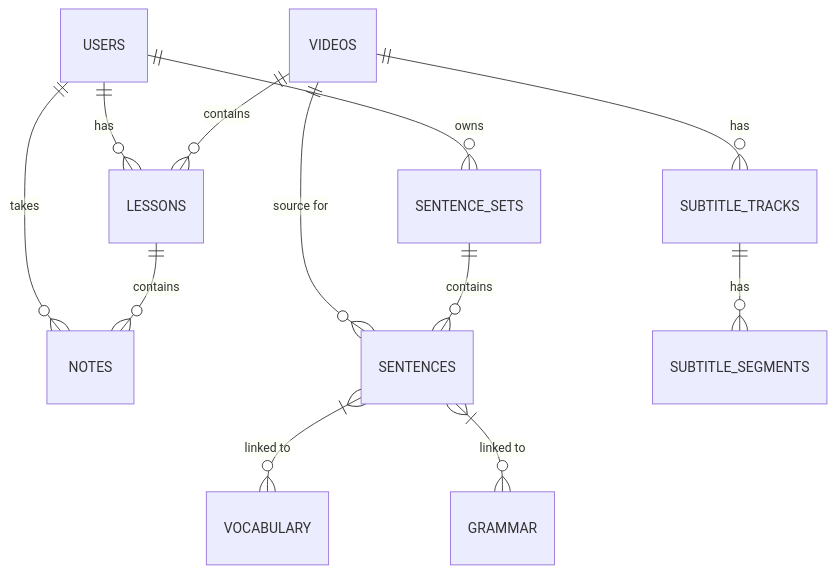
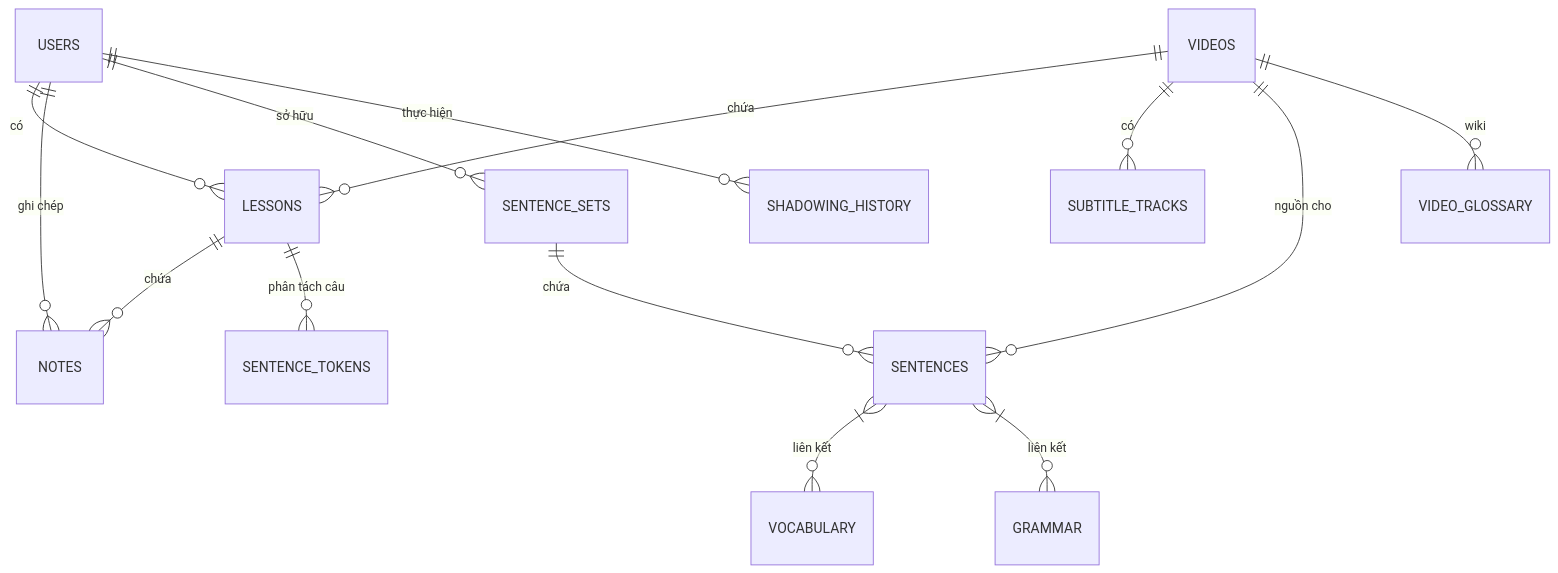
Before and after one commit to thanhnt94/podlearn: the diagram in docs/DATABASE_SCHEMA.md, drawn with Mermaid. The commit also changed other lines of this file and 16 other files, not shown here.

````diff
--- a/docs/DATABASE_SCHEMA.md
+++ b/docs/DATABASE_SCHEMA.md
@@ -7,19 +7,20 @@
 ```mermaid
 erDiagram
-    USERS ||--o{ LESSONS : "has"
-    USERS ||--o{ NOTES : "takes"
-    USERS ||--o{ SENTENCE_SETS : "owns"
+    USERS ||--o{ LESSONS : "có"
+    USERS ||--o{ NOTES : "ghi chép"
+    USERS ||--o{ SENTENCE_SETS : "sở hữu"
+    USERS ||--o{ SHADOWING_HISTORY : "thực hiện"
     
-    VIDEOS ||--o{ LESSONS : "contains"
-    VIDEOS ||--o{ SUBTITLE_TRACKS : "has"
-    VIDEOS ||--o{ SENTENCES : "source for"
+    VIDEOS ||--o{ LESSONS : "chứa"
+    VIDEOS ||--o{ SUBTITLE_TRACKS : "có"
+    VIDEOS ||--o{ SENTENCES : "nguồn cho"
+    VIDEOS ||--o{ VIDEO_GLOSSARY : "wiki"
     
-    LESSONS ||--o{ NOTES : "contains"
+    LESSONS ||--o{ NOTES : "chứa"
+    LESSONS ||--o{ SENTENCE_TOKENS : "phân tách câu"
     
-    SENTENCE_SETS ||--o{ SENTENCES : "contains"
+    SENTENCE_SETS ||--o{ SENTENCES : "chứa"
     
-    SENTENCES }|--o{ VOCABULARY : "linked to"
-    SENTENCES }|--o{ GRAMMAR : "linked to"
-    
-    SUBTITLE_TRACKS ||--o{ SUBTITLE_SEGMENTS : "has"
+    SENTENCES }|--o{ VOCABULARY : "liên kết"
+    SENTENCES }|--o{ GRAMMAR : "liên kết"
 ```
````
